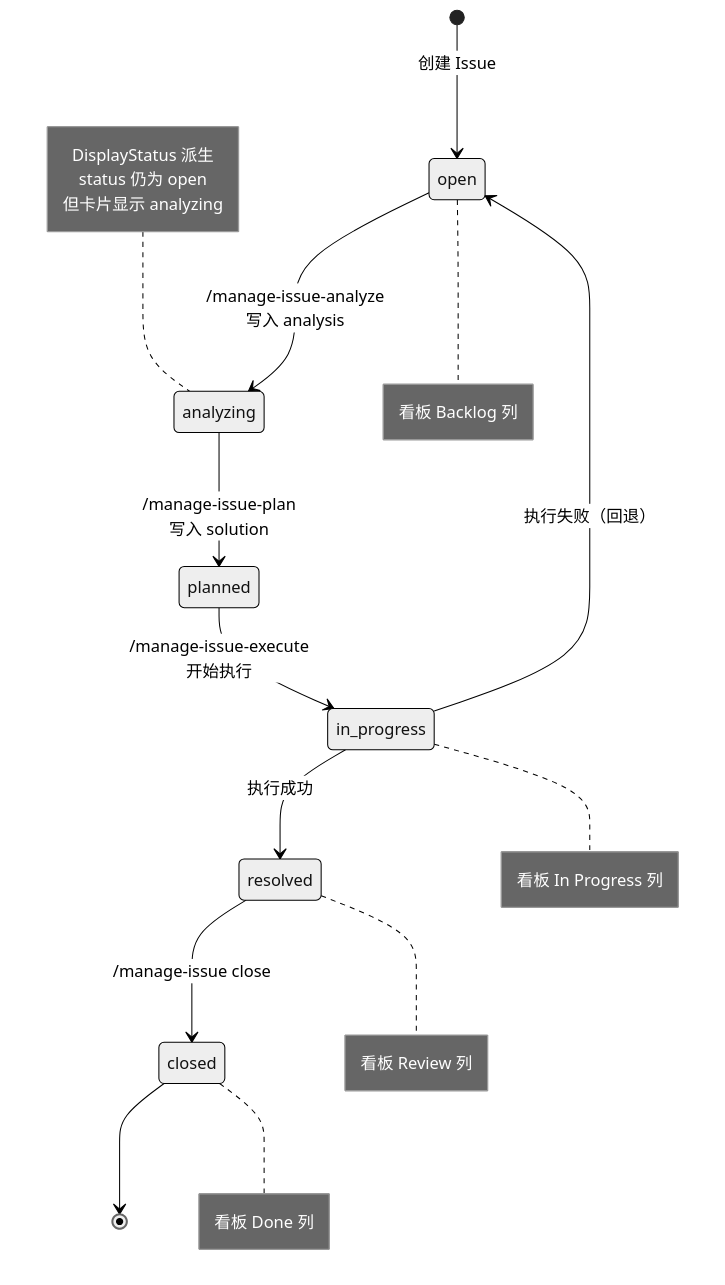
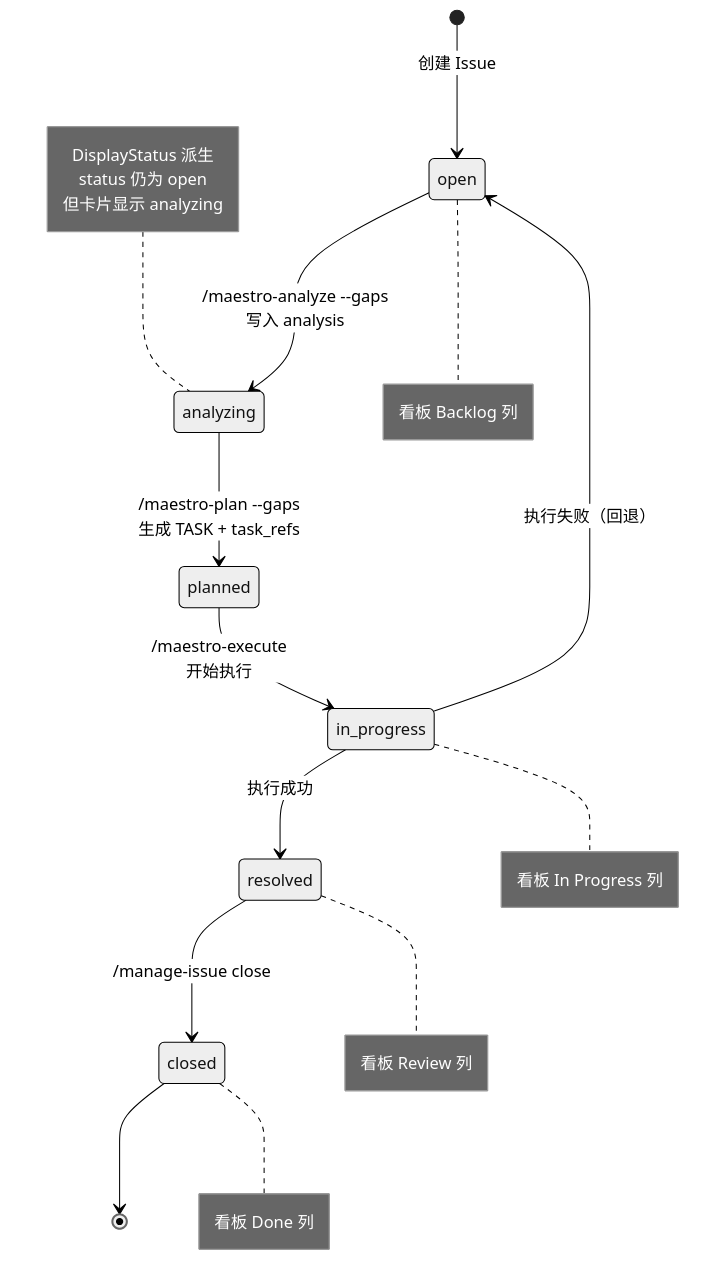
One commit to catlog22/maestro-flow changed the fourth of 9 diagrams in guide/command-usage-guide.md. Above: the diagram before and after it, drawn with Mermaid (neutral theme). The commit also changed other lines of this file and 75 other files, not shown here.

````diff
--- a/guide/command-usage-guide.md
+++ b/guide/command-usage-guide.md
@@ -198,22 +198,22 @@
 ```mermaid
 stateDiagram-v2
     [*] --> open: 创建 Issue
-    open --> analyzing: /manage-issue-analyze<br>写入 analysis
-    analyzing --> planned: /manage-issue-plan<br>写入 solution
-    planned --> in_progress: /manage-issue-execute<br>开始执行
+    open --> analyzing: /maestro-analyze --gaps<br>写入 analysis
+    analyzing --> planned: /maestro-plan --gaps<br>生成 TASK + task_refs
+    planned --> in_progress: /maestro-execute<br>开始执行
     in_progress --> resolved: 执行成功
     in_progress --> open: 执行失败（回退）
     resolved --> closed: /manage-issue close
     closed --> [*]
 
     note right of open: 看板 Backlog 列
     note right of in_progress: 看板 In Progress 列
     note right of resolved: 看板 Review 列
     note right of closed: 看板 Done 列
 
     note left of analyzing
         DisplayStatus 派生
         status 仍为 open
         但卡片显示 analyzing
     end note
 ```
````
